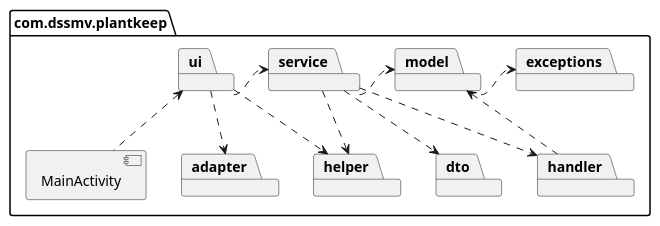
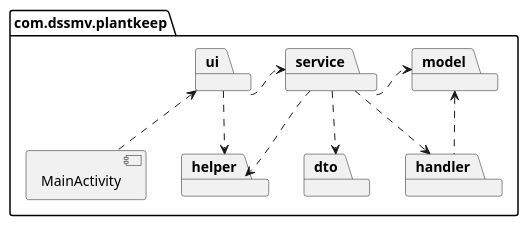
One commit to compaqle/DSSMV_ProjectDroid_1251486_1251506 changed the diagram in .docs/diagramas/design/code_organization.puml. Above: the diagram before and after it, drawn with PlantUML. The commit also changed 2 other files, not shown here.

```diff
--- a/.docs/diagramas/design/code_organization.puml
+++ b/.docs/diagramas/design/code_organization.puml
@@ -1,42 +1,40 @@
 @startuml
 skinparam monochrome true
 skinparam shadowing false
 skinparam packageStyle folder
 hide circle
 
 package "com.dssmv.plantkeep" {
     
     ' Classe principal na raiz do pacote
     [MainActivity]
 
     ' Fileira Superior de Pacotes
     package "ui" as ui
     package "service" as service
     package "model" as model
-    package "exceptions" as exceptions
+
 
     ' Fileira Inferior de Pacotes
-    package "adapter" as adapter
     package "helper" as helper
     package "dto" as dto
     package "handler" as handler
 
     ' Dependência a partir de MainActivity
     MainActivity .up.> ui
 
     ' Dependências Horizontais (Fileira Superior)
     ui .right.> service
     service .right.> model
-    model .right.> exceptions
+
 
     ' Dependências Verticais e Diagonais (Entre Fileiras)
-    ui .down.> adapter
     ui .down.> helper
 
     service .down.> helper
     service .down.> dto
     service .down.> handler
 
     handler .up.> model
 }
 @enduml
```
